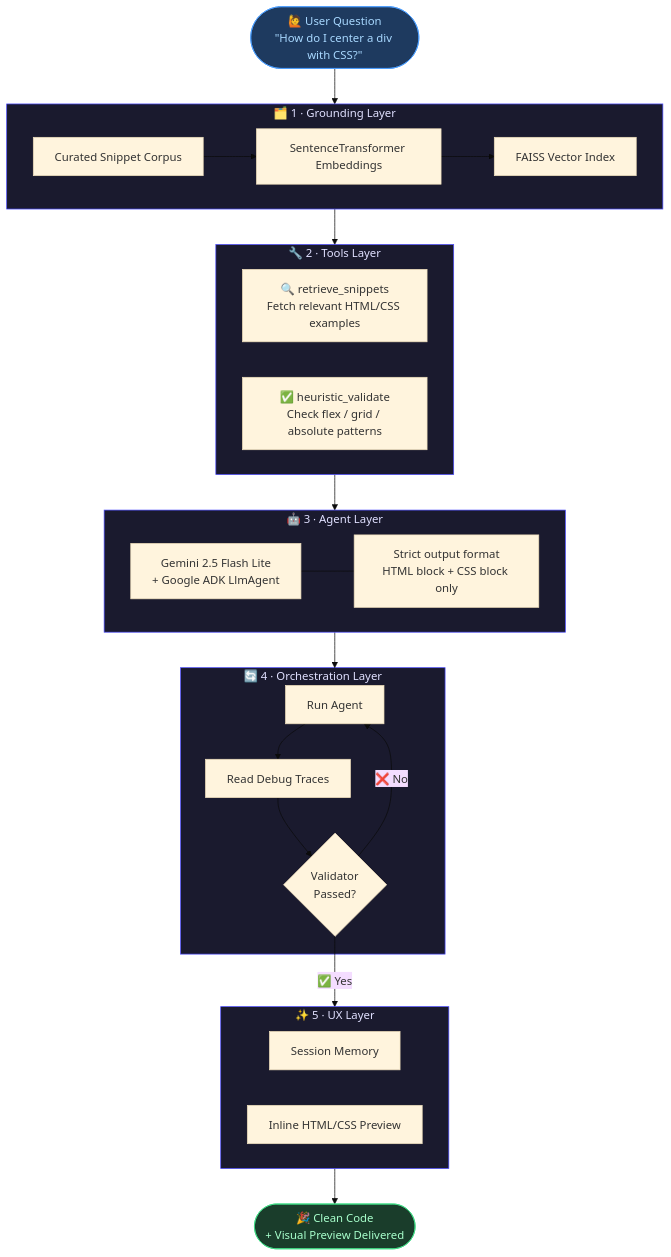
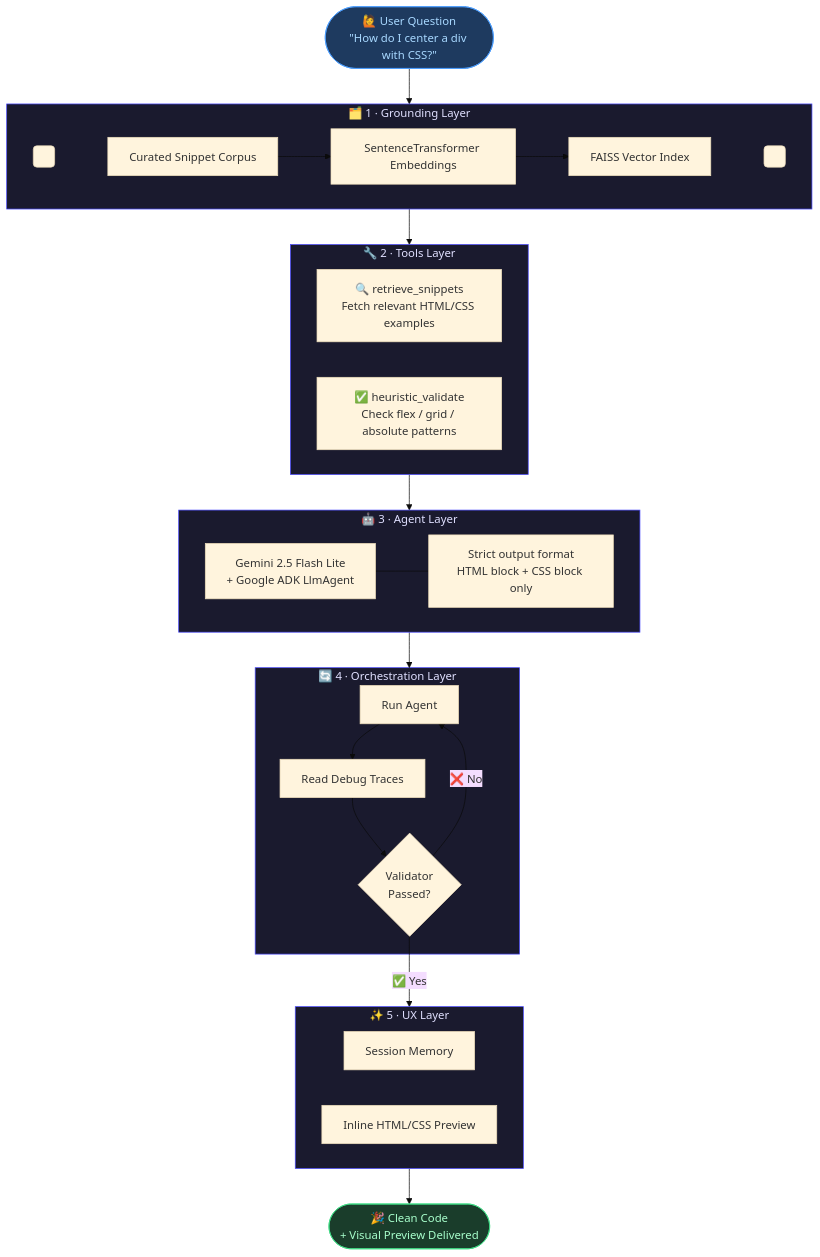
Before and after one commit to Arbaz9234/frontend-tutor-agent: the diagram in README.md, drawn with Mermaid (base theme).

````diff
--- a/README.md
+++ b/README.md
@@ -63,55 +63,57 @@
 ```mermaid
 flowchart TD
     Q([🙋 User Question\n&quot;How do I center a div with CSS?&quot;])
     
     Q --> G
  
-    subgraph G ["🗂️ 1 · Grounding Layer"]
+    subgraph G ["🗂️  1 · Grounding Layer"]
+        GT(" "):::spacer
         G1[Curated Snippet Corpus]
         G2[SentenceTransformer Embeddings]
         G3[FAISS Vector Index]
-        G1 --> G2 --> G3
+        GB(" "):::spacer
+        GT ~~~ G1 --> G2 --> G3 ~~~ GB
     end
 
     G --> T
  
     subgraph T ["🔧  2 · Tools Layer"]
         T1["🔍 retrieve_snippets\nFetch relevant HTML/CSS examples"]
         T2["✅ heuristic_validate\nCheck flex / grid / absolute patterns"]
     end
  
     T --> A
  
     subgraph A ["🤖  3 · Agent Layer"]
         A1["Gemini 2.5 Flash Lite\n+ Google ADK LlmAgent"]
         A2[Strict output format\nHTML block + CSS block only]
         A1 --- A2
     end
  
     A --> O
  
     subgraph O ["🔄  4 · Orchestration Layer"]
         O1[Run Agent]
         O2[Read Debug Traces]
         O3{Validator\nPassed?}
         O1 --> O2 --> O3
         O3 -- ❌ No --> O1
     end
  
     O3 -- ✅ Yes --> U
  
     subgraph U ["✨  5 · UX Layer"]
         U1[Session Memory]
         U2[Inline HTML/CSS Preview]
     end
  
     U --> R([🎉 Clean Code\n+ Visual Preview Delivered])
  
     style Q fill:#1e3a5f,color:#a8d8ff,stroke:#4a9eff
     style R fill:#1a3d2b,color:#a8ffcc,stroke:#3ddc84
     style G fill:#1a1a2e,color:#e0e0ff,stroke:#4a4aff
     style T fill:#1a1a2e,color:#e0e0ff,stroke:#4a4aff
     style A fill:#1a1a2e,color:#e0e0ff,stroke:#4a4aff
     style O fill:#1a1a2e,color:#e0e0ff,stroke:#4a4aff
     style U fill:#1a1a2e,color:#e0e0ff,stroke:#4a4aff
 ```
````
